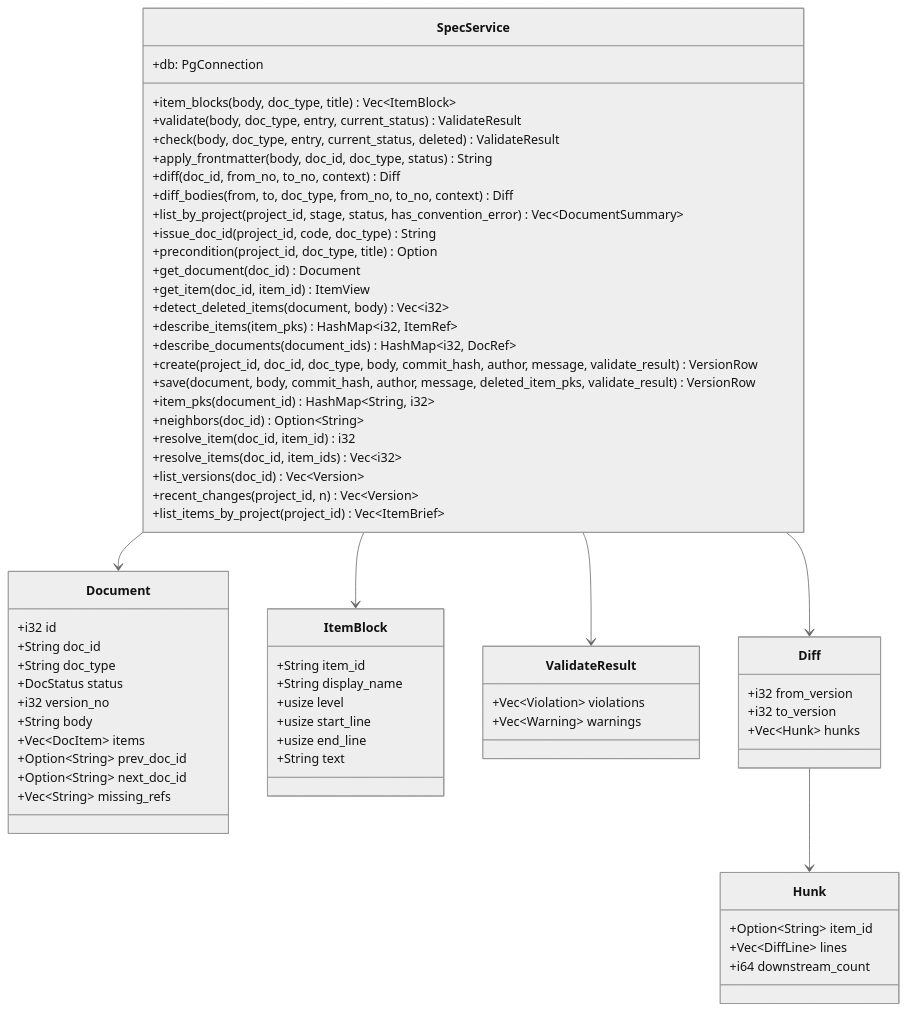
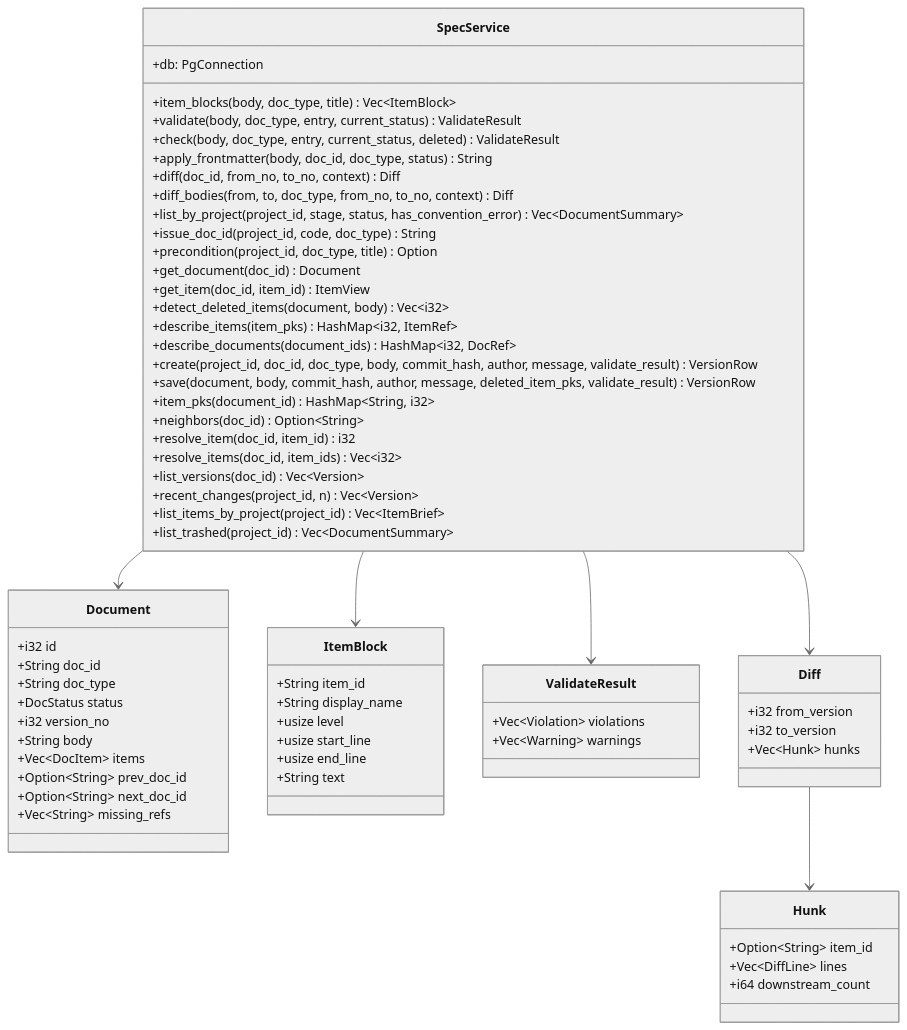
Before and after one commit to HoyoungParkme/syncdoc: the second of 6 diagrams in docs/specs/06-DOM/SYNC-DOM-004.md, drawn with Mermaid (neutral theme). The commit also changed other lines of this file, not shown here.

````diff
--- a/docs/specs/06-DOM/SYNC-DOM-004.md
+++ b/docs/specs/06-DOM/SYNC-DOM-004.md
@@ -361,68 +361,69 @@
 ```mermaid
 classDiagram
     class SpecService {
         +db: PgConnection
         +item_blocks(body, doc_type, title) Vec~ItemBlock~
         +validate(body, doc_type, entry, current_status) ValidateResult
         +check(body, doc_type, entry, current_status, deleted) ValidateResult
         +apply_frontmatter(body, doc_id, doc_type, status) String
         +diff(doc_id, from_no, to_no, context) Diff
         +diff_bodies(from, to, doc_type, from_no, to_no, context) Diff
         +list_by_project(project_id, stage, status, has_convention_error) Vec~DocumentSummary~
         +issue_doc_id(project_id, code, doc_type) String
         +precondition(project_id, doc_type, title) Option
         +get_document(doc_id) Document
         +get_item(doc_id, item_id) ItemView
         +detect_deleted_items(document, body) Vec~i32~
         +describe_items(item_pks) HashMap~i32, ItemRef~
         +describe_documents(document_ids) HashMap~i32, DocRef~
         +create(project_id, doc_id, doc_type, body, commit_hash, author, message, validate_result) VersionRow
         +save(document, body, commit_hash, author, message, deleted_item_pks, validate_result) VersionRow
         +item_pks(document_id) HashMap~String, i32~
         +neighbors(doc_id) Option~String~
         +resolve_item(doc_id, item_id) i32
         +resolve_items(doc_id, item_ids) Vec~i32~
         +list_versions(doc_id) Vec~Version~
         +recent_changes(project_id, n) Vec~Version~
         +list_items_by_project(project_id) Vec~ItemBrief~
+        +list_trashed(project_id) Vec~DocumentSummary~
     }
     class Document {
         +i32 id
         +String doc_id
         +String doc_type
         +DocStatus status
         +i32 version_no
         +String body
         +Vec~DocItem~ items
         +Option~String~ prev_doc_id
         +Option~String~ next_doc_id
         +Vec~String~ missing_refs
     }
     class ItemBlock {
         +String item_id
         +String display_name
         +usize level
         +usize start_line
         +usize end_line
         +String text
     }
     class ValidateResult {
         +Vec~Violation~ violations
         +Vec~Warning~ warnings
     }
     class Diff {
         +i32 from_version
         +i32 to_version
         +Vec~Hunk~ hunks
     }
     class Hunk {
         +Option~String~ item_id
         +Vec~DiffLine~ lines
         +i64 downstream_count
     }
     SpecService --> ItemBlock
     SpecService --> ValidateResult
     SpecService --> Diff
     SpecService --> Document
     Diff --> Hunk
 ```
````
